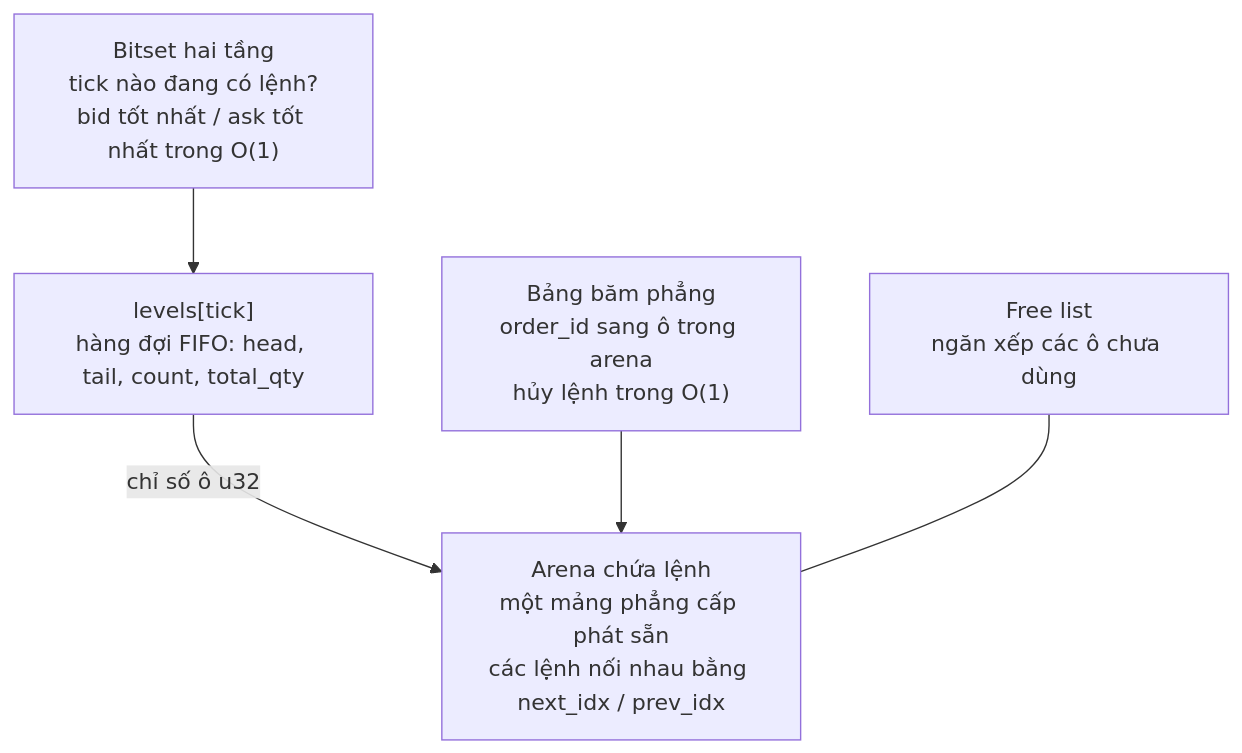
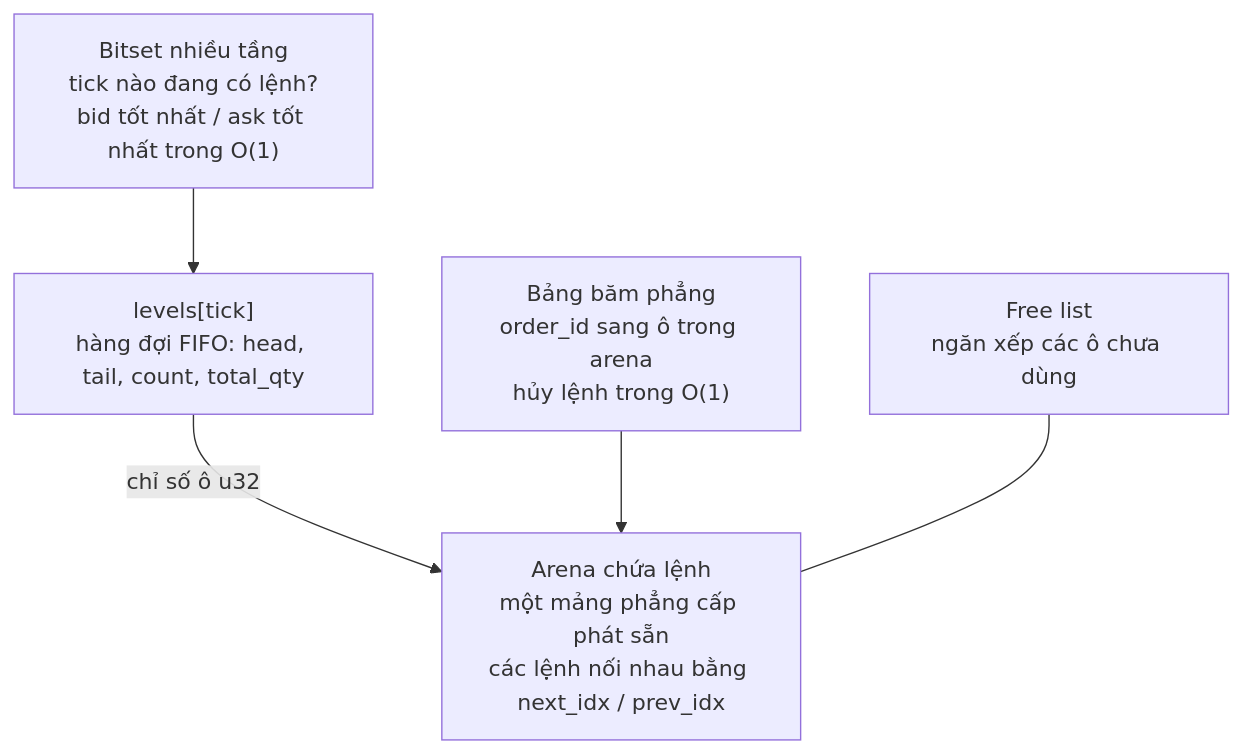
One commit to daohainam/rust-matching-engine changed the second of 2 diagrams in README.vi.md. Above: the diagram before and after it, drawn with Mermaid. The commit also changed other lines of this file, not shown here.

````diff
--- a/README.vi.md
+++ b/README.vi.md
@@ -128,7 +139,7 @@
 ```mermaid
 flowchart TB
-    BS["Bitset hai tầng<br/>tick nào đang có lệnh?<br/>bid tốt nhất / ask tốt nhất trong O(1)"] --> LV["levels[tick]<br/>hàng đợi FIFO: head, tail, count, total_qty"]
+    BS["Bitset nhiều tầng<br/>tick nào đang có lệnh?<br/>bid tốt nhất / ask tốt nhất trong O(1)"] --> LV["levels[tick]<br/>hàng đợi FIFO: head, tail, count, total_qty"]
     LV -->|"chỉ số ô u32"| OP["Arena chứa lệnh<br/>một mảng phẳng cấp phát sẵn<br/>các lệnh nối nhau bằng next_idx / prev_idx"]
     HM["Bảng băm phẳng<br/>order_id sang ô trong arena<br/>hủy lệnh trong O(1)"] --> OP
     FL["Free list<br/>ngăn xếp các ô chưa dùng"] --- OP
 ```
````
